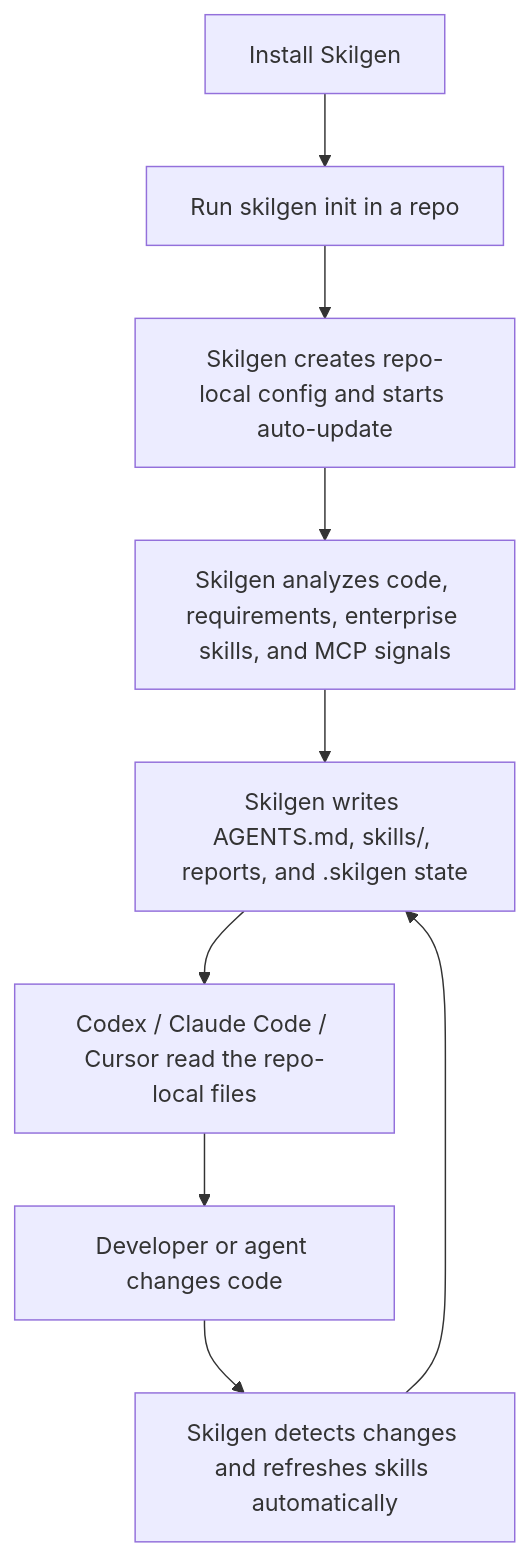
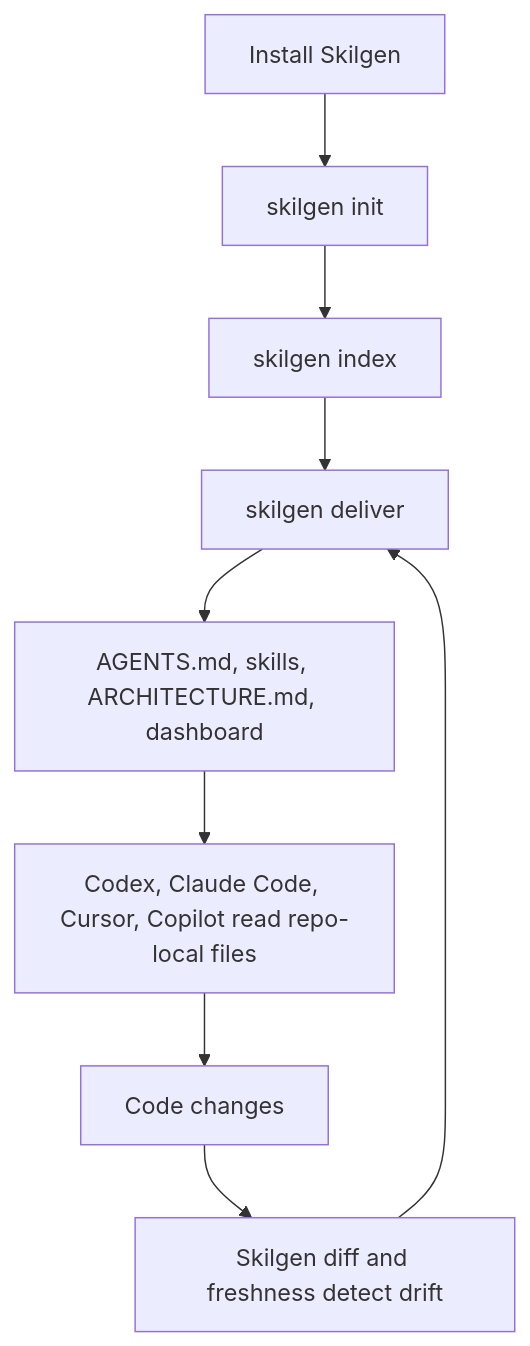
The diagram in README.md (skilgen/skilgen), drawn with Mermaid before and after one commit. The commit also changed other lines of this file and 7 other files, not shown here.

````diff
--- a/README.md
+++ b/README.md
@@ -345,11 +267,11 @@
 ```mermaid
 flowchart TD
-    A["Install Skilgen"] --> B["Run skilgen init in a repo"]
-    B --> C["Skilgen creates repo-local config and starts auto-update"]
-    C --> D["Skilgen analyzes code, requirements, enterprise skills, and MCP signals"]
-    D --> E["Skilgen writes AGENTS.md, skills/, reports, and .skilgen state"]
-    E --> F["Codex / Claude Code / Cursor read the repo-local files"]
-    F --> G["Developer or agent changes code"]
-    G --> H["Skilgen detects changes and refreshes skills automatically"]
-    H --> E
+    A[Install Skilgen] --> B[skilgen init]
+    B --> C[skilgen index]
+    C --> D[skilgen deliver]
+    D --> E[AGENTS.md, skills, ARCHITECTURE.md, dashboard]
+    E --> F[Codex, Claude Code, Cursor, Copilot read repo-local files]
+    F --> G[Code changes]
+    G --> H[Skilgen diff and freshness detect drift]
+    H --> D
 ```
````
